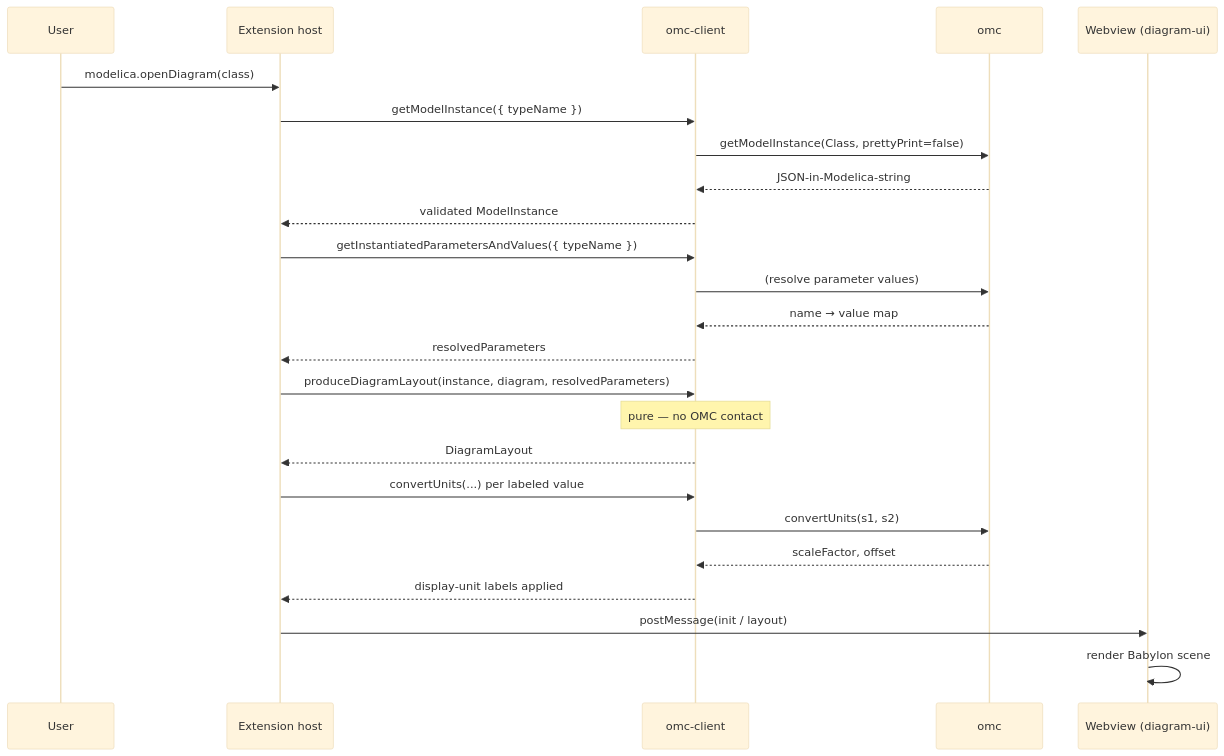
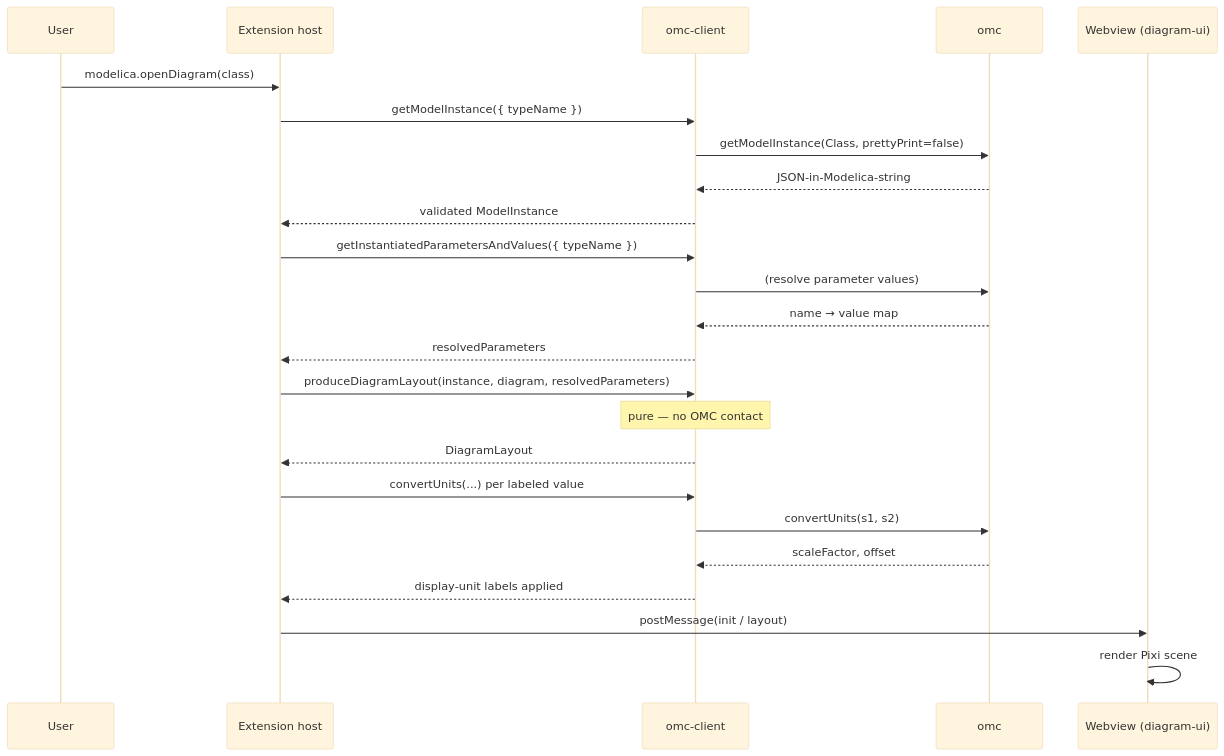
Before and after one commit to dicode-ayo/modelica-wrapper: the second of 3 diagrams in docs/architecture.md, drawn with Mermaid (base theme). The commit also changed other lines of this file and 3 other files, not shown here.

First line of the commit message:
docs: describe the PixiJS v8 renderer instead of Babylon.js

````diff
--- a/docs/architecture.md
+++ b/docs/architecture.md
@@ -121,27 +121,27 @@
 ```mermaid
 sequenceDiagram
     participant U as User
     participant H as Extension host
     participant C as omc-client
     participant O as omc
     participant W as Webview (diagram-ui)
 
     U->>H: modelica.openDiagram(class)
     H->>C: getModelInstance({ typeName })
     C->>O: getModelInstance(Class, prettyPrint=false)
     O-->>C: JSON-in-Modelica-string
     C-->>H: validated ModelInstance
     H->>C: getInstantiatedParametersAndValues({ typeName })
     C->>O: (resolve parameter values)
     O-->>C: name → value map
     C-->>H: resolvedParameters
     H->>C: produceDiagramLayout(instance, diagram, resolvedParameters)
     Note over C: pure — no OMC contact
     C-->>H: DiagramLayout
     H->>C: convertUnits(...) per labeled value
     C->>O: convertUnits(s1, s2)
     O-->>C: scaleFactor, offset
     C-->>H: display-unit labels applied
     H->>W: postMessage(init / layout)
-    W->>W: render Babylon scene
+    W->>W: render Pixi scene
 ```
````
